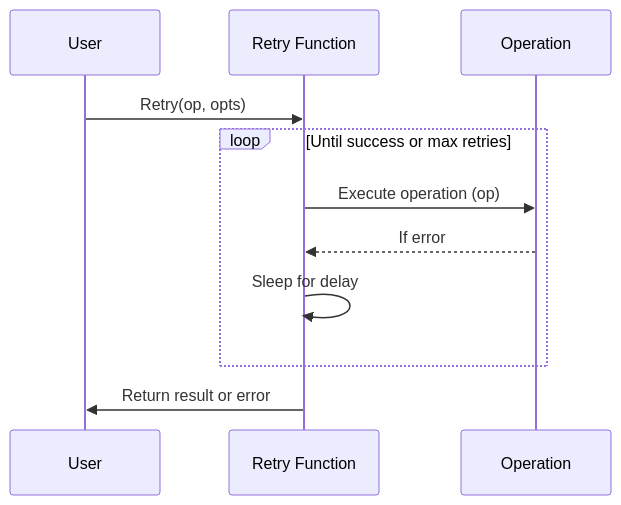
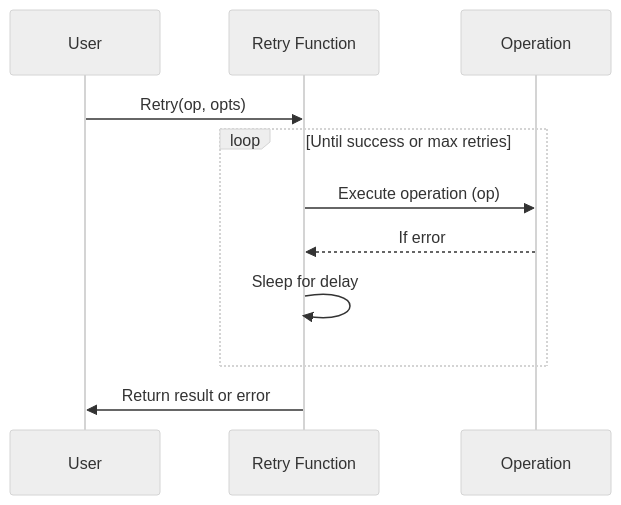
Before and after one commit to hoshiimo-se/retry: the diagram in README.md, drawn with Mermaid.

Commit message:
Change readme theme

````diff
--- a/README.md
+++ b/README.md
@@ -9,15 +9,15 @@
 ```mermaid
-%%{init:{'theme':'natural'}}%%
+%%{init:{'theme':'neutral'}}%%
 sequenceDiagram
     participant User
     participant Retry Function
     participant Operation
 
     User->>Retry Function: Retry(op, opts)
     loop Until success or max retries
         Retry Function->>Operation: Execute operation (op)
         Operation-->>Retry Function: If error
         Retry Function->>Retry Function: Sleep for delay
     end
     Retry Function->>User: Return result or error
 ```
````
